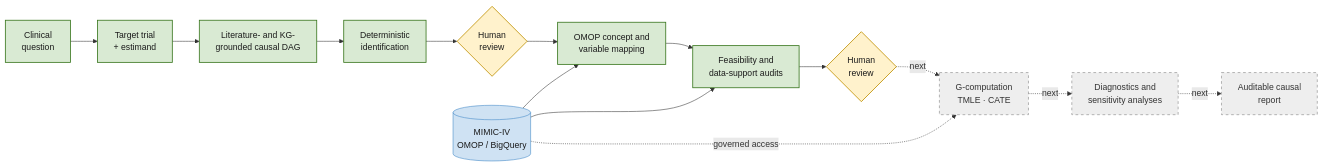
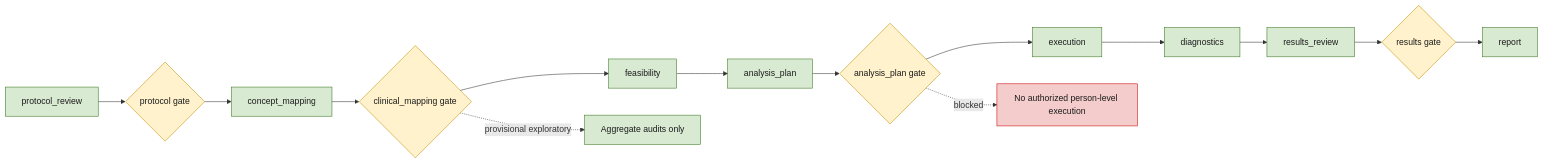
Before and after one commit to ji-ch01/CausalOMOP: the second of 3 diagrams in docs/project_architecture_diagrams.md, drawn with Mermaid. The commit also changed other lines of this file and 20 other files, not shown here.

````diff
--- a/docs/project_architecture_diagrams.md
+++ b/docs/project_architecture_diagrams.md
@@ -298,26 +56,24 @@
 ```mermaid
 flowchart LR
-    Q["Clinical<br/>question"] --> T["Target trial<br/>+ estimand"]
-    T --> L["Literature- and KG-<br/>grounded causal DAG"]
-    L --> I["Deterministic<br/>identification"]
-    I --> H1{"Human<br/>review"}
-    H1 --> M["OMOP concept and<br/>variable mapping"]
-    M --> F["Feasibility and<br/>data-support audits"]
-    F --> H2{"Human<br/>review"}
-    H2 -. next .-> E["G-computation<br/>TMLE · CATE"]
-    E -. next .-> D["Diagnostics and<br/>sensitivity analyses"]
-    D -. next .-> R["Auditable causal<br/>report"]
+    PR[protocol_review] --> P{protocol gate}
+    P --> CM[concept_mapping]
+    CM --> C{clinical_mapping gate}
+    C --> F[feasibility]
+    F --> AP[analysis_plan]
+    AP --> A{analysis_plan gate}
+    A --> E[execution]
+    E --> D[diagnostics]
+    D --> RR[results_review]
+    RR --> R{results gate}
+    R --> RP[report]
 
-    OMOP[("MIMIC-IV<br/>OMOP / BigQuery")] --> M
-    OMOP --> F
-    OMOP -. governed access .-> E
+    C -. provisional exploratory .-> AGG[Aggregate audits only]
+    A -. blocked .-> NOPERSON[No authorized person-level execution]
 
-    classDef done fill:#d9ead3,stroke:#38761d,color:#1b1b1b,stroke-width:1.5px;
-    classDef review fill:#fff2cc,stroke:#bf9000,color:#1b1b1b,stroke-width:1.5px;
-    classDef next fill:#eeeeee,stroke:#777777,color:#333333,stroke-dasharray:5 5;
-    classDef data fill:#cfe2f3,stroke:#3d85c6,color:#1b1b1b;
-    class Q,T,L,I,M,F done;
-    class H1,H2 review;
-    class E,D,R next;
-    class OMOP data;
+    classDef phase fill:#d9ead3,stroke:#38761d,color:#1b1b1b;
+    classDef gate fill:#fff2cc,stroke:#bf9000,color:#1b1b1b;
+    classDef block fill:#f4cccc,stroke:#cc0000,color:#1b1b1b;
+    class PR,CM,F,AP,E,D,RR,RP,AGG phase;
+    class P,C,A,R gate;
+    class NOPERSON block;
 ```
````
